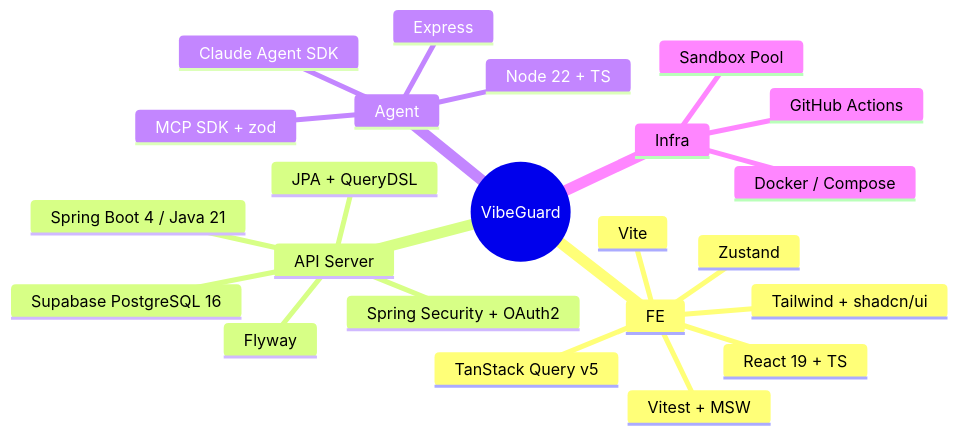
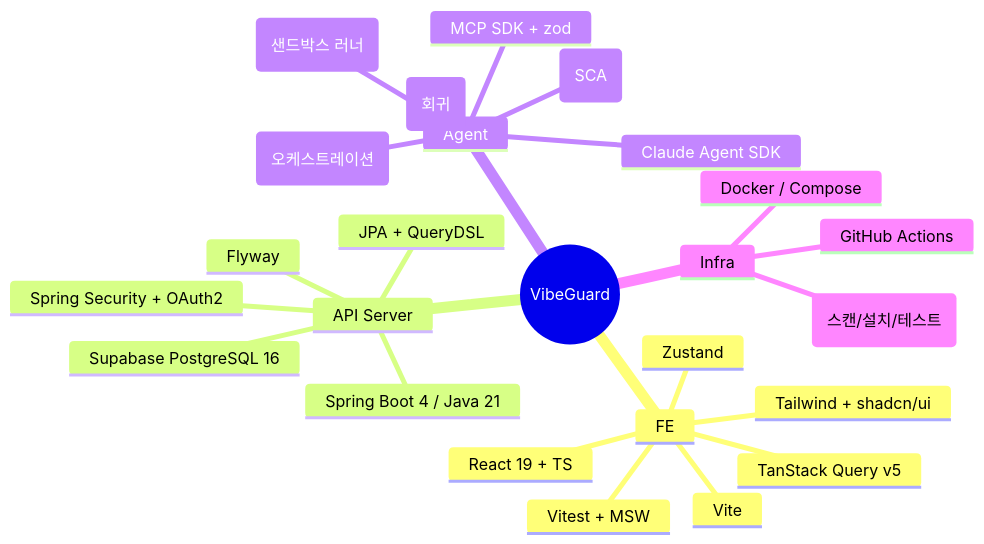
One commit to peachoath/vibeguard changed the ninth of 10 diagrams in DOCS/VibeGuard_Architecture.md. Above: the diagram before and after it, drawn with Mermaid. The commit also changed other lines of this file and 7 other files, not shown here.

````diff
--- a/DOCS/VibeGuard_Architecture.md
+++ b/DOCS/VibeGuard_Architecture.md
@@ -346,26 +360,28 @@
 ```mermaid
 mindmap
   root((VibeGuard))
     FE
       React 19 + TS
       Vite
       TanStack Query v5
       Zustand
       Tailwind + shadcn/ui
       Vitest + MSW
     API Server
       Spring Boot 4 / Java 21
       Spring Security + OAuth2
       JPA + QueryDSL
       Flyway
       Supabase PostgreSQL 16
     Agent
-      Node 22 + TS
+      Node 22 + TS (오케스트레이션)
+      Python (샌드박스 러너)
       Claude Agent SDK
       MCP SDK + zod
-      Express
+      Trivy (SCA)
+      pytest (회귀)
     Infra
       Docker / Compose
-      Sandbox Pool
+      컨테이너 3종 (스캔/설치/테스트)
       GitHub Actions
 ```
````
